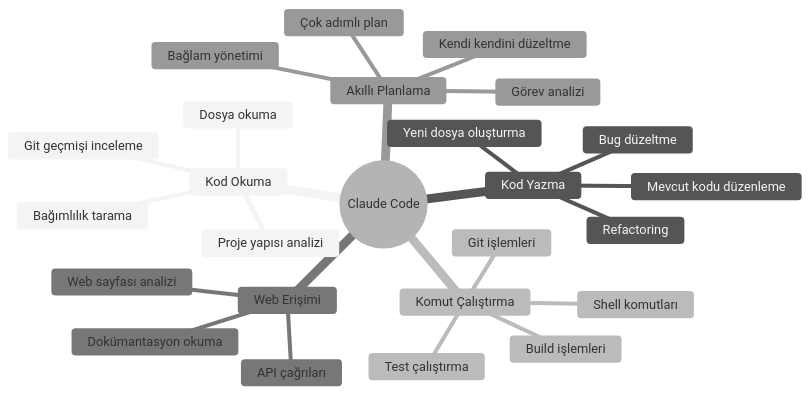
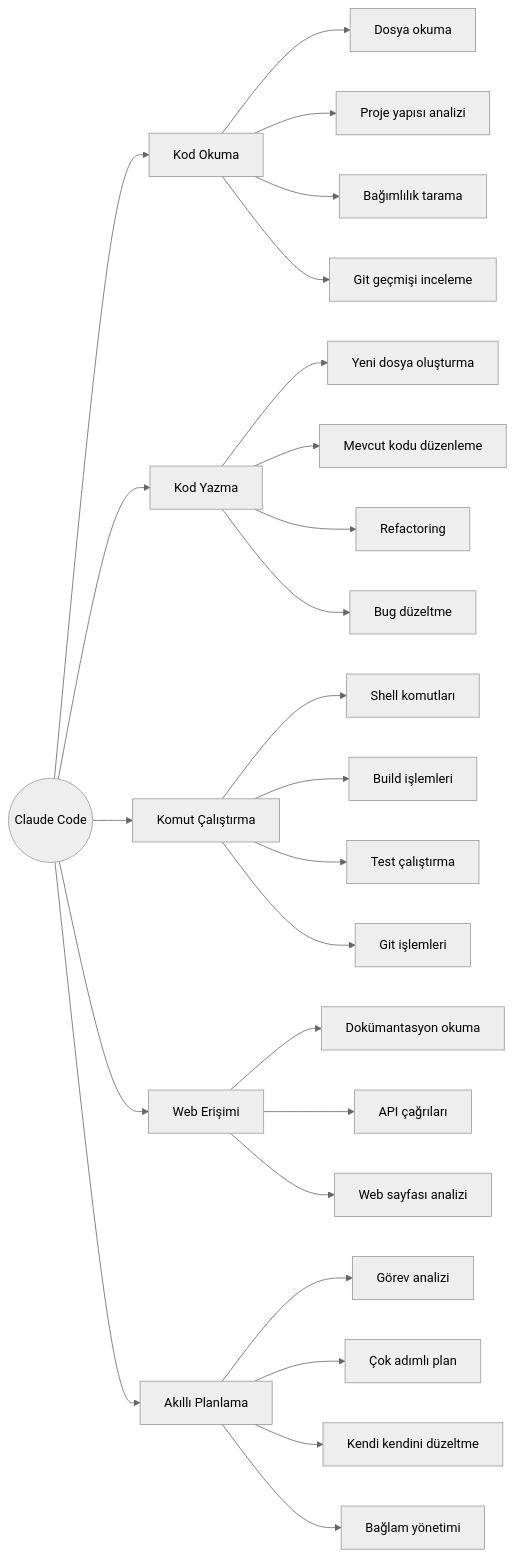
The first of 4 diagrams in 06-claude-code-tanitim/01-claude-code-nedir.md (IzzetYasinAtes/ClaudeCodeHandbook), drawn with Mermaid (neutral theme) before and after one commit. The commit also changed other lines of this file and 145 other files, not shown here.

Commit message:
Updated README and various markdown files to enhance readability by replacing newline characters with HTML line breaks in flowcharts and diagrams. This improves the visual presentation of content related to AI fundamentals, large language models, and their applications.

````diff
--- a/06-claude-code-tanitim/01-claude-code-nedir.md
+++ b/06-claude-code-tanitim/01-claude-code-nedir.md
@@ -16,28 +16,34 @@
 ```mermaid
-mindmap
-  root(("Claude Code"))
-    Kod Okuma
-      Dosya okuma
-      Proje yapısı analizi
-      Bağımlılık tarama
-      Git geçmişi inceleme
-    Kod Yazma
-      Yeni dosya oluşturma
-      Mevcut kodu düzenleme
-      Refactoring
-      Bug düzeltme
-    Komut Çalıştırma
-      Shell komutları
-      Build işlemleri
-      Test çalıştırma
-      Git işlemleri
-    Web Erişimi
-      Dokümantasyon okuma
-      API çağrıları
-      Web sayfası analizi
-    Akıllı Planlama
-      Görev analizi
-      Çok adımlı plan
-      Kendi kendini düzeltme
-      Bağlam yönetimi
+flowchart LR
+    CC(("Claude Code"))
+
+    CC --> R["Kod Okuma"]
+    CC --> W["Kod Yazma"]
+    CC --> K["Komut Çalıştırma"]
+    CC --> WEB["Web Erişimi"]
+    CC --> P["Akıllı Planlama"]
+
+    R --> R1["Dosya okuma"]
+    R --> R2["Proje yapısı analizi"]
+    R --> R3["Bağımlılık tarama"]
+    R --> R4["Git geçmişi inceleme"]
+
+    W --> W1["Yeni dosya oluşturma"]
+    W --> W2["Mevcut kodu düzenleme"]
+    W --> W3["Refactoring"]
+    W --> W4["Bug düzeltme"]
+
+    K --> K1["Shell komutları"]
+    K --> K2["Build işlemleri"]
+    K --> K3["Test çalıştırma"]
+    K --> K4["Git işlemleri"]
+
+    WEB --> WEB1["Dokümantasyon okuma"]
+    WEB --> WEB2["API çağrıları"]
+    WEB --> WEB3["Web sayfası analizi"]
+
+    P --> P1["Görev analizi"]
+    P --> P2["Çok adımlı plan"]
+    P --> P3["Kendi kendini düzeltme"]
+    P --> P4["Bağlam yönetimi"]
 ```
````
